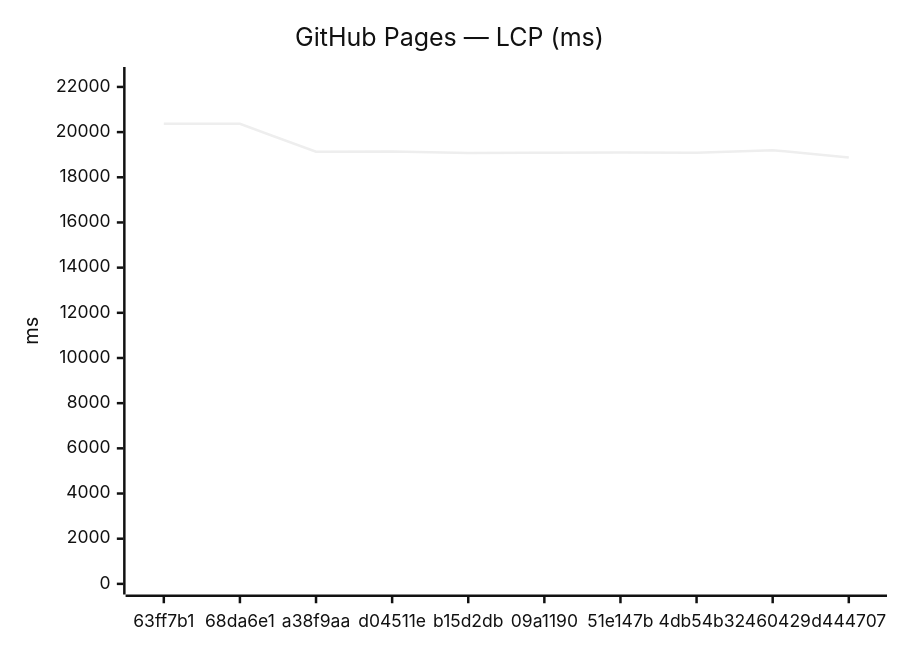
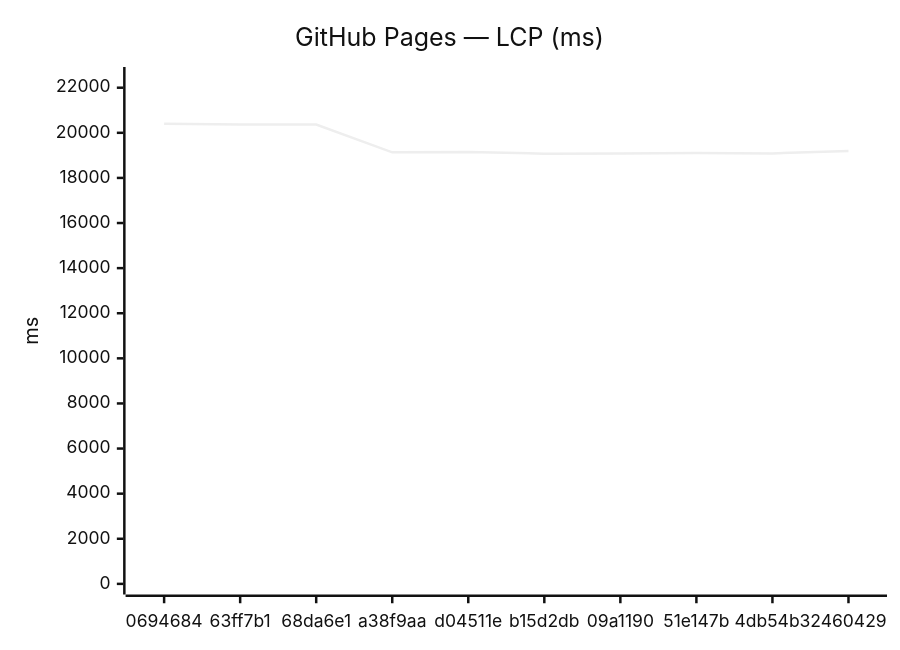
One commit to Metaheurist/Rianell changed the third of 18 diagrams in benchmarks/compare.md. Above: the diagram before and after it, drawn with Mermaid (neutral theme). The commit also changed other lines of this file and 11 other files, not shown here.

````diff
--- a/benchmarks/compare.md
+++ b/benchmarks/compare.md
@@ -54,7 +54,7 @@
 ```mermaid
 xychart-beta
     title "GitHub Pages — LCP (ms)"
-    x-axis ["63ff7b1", "68da6e1", "a38f9aa", "d04511e", "b15d2db", "09a1190", "51e147b", "4db54b3", "2460429", "d444707"]
-    y-axis "ms" 0 --> 22412
-    line [20374, 20366, 19133, 19145, 19077, 19086, 19101, 19086, 19199, 18871]
+    x-axis ["0694684", "63ff7b1", "68da6e1", "a38f9aa", "d04511e", "b15d2db", "09a1190", "51e147b", "4db54b3", "2460429"]
+    y-axis "ms" 0 --> 22447
+    line [20406, 20374, 20366, 19133, 19145, 19077, 19086, 19101, 19086, 19199]
 ```
````
